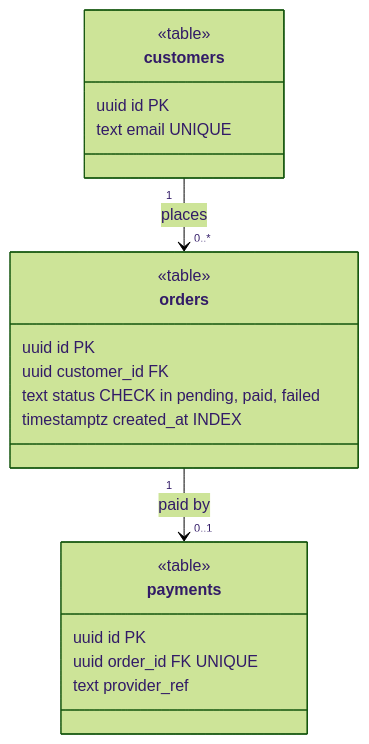
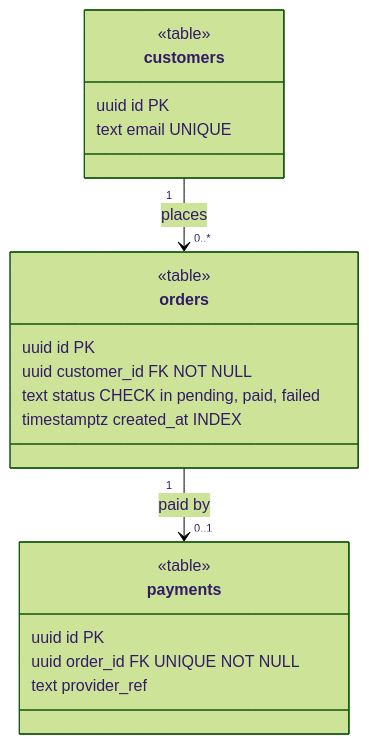
Diagram 12 of 13 in skills/cheese/references/diagram-templates.md (paulnsorensen/easy-cheese), drawn with Mermaid (forest theme) before and after one commit. The commit also changed other lines of this file and 14 other files, not shown here.

First line of the commit message:
docs(skills): apply review fixes to C4 diagram references

````diff
--- a/skills/cheese/references/diagram-templates.md
+++ b/skills/cheese/references/diagram-templates.md
@@ -301,23 +311,23 @@
 ```mermaid
 classDiagram
   class customers {
     <<table>>
     uuid id PK
     text email UNIQUE
   }
   class orders {
     <<table>>
     uuid id PK
-    uuid customer_id FK
+    uuid customer_id FK NOT NULL
     text status CHECK in pending, paid, failed
     timestamptz created_at INDEX
   }
   class payments {
     <<table>>
     uuid id PK
-    uuid order_id FK UNIQUE
+    uuid order_id FK UNIQUE NOT NULL
     text provider_ref
   }
   customers "1" --> "0..*" orders : places
   orders "1" --> "0..1" payments : paid by
 ```
````
